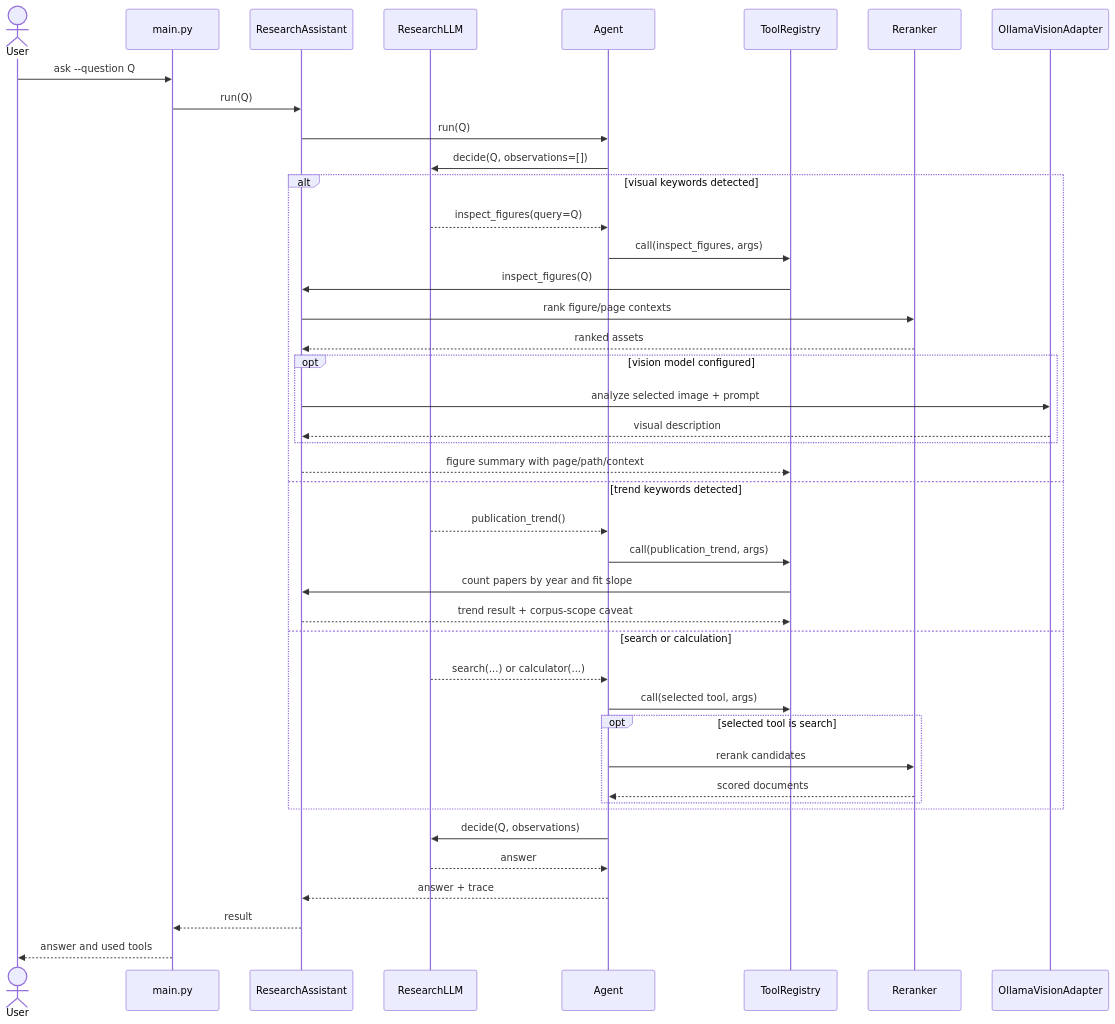
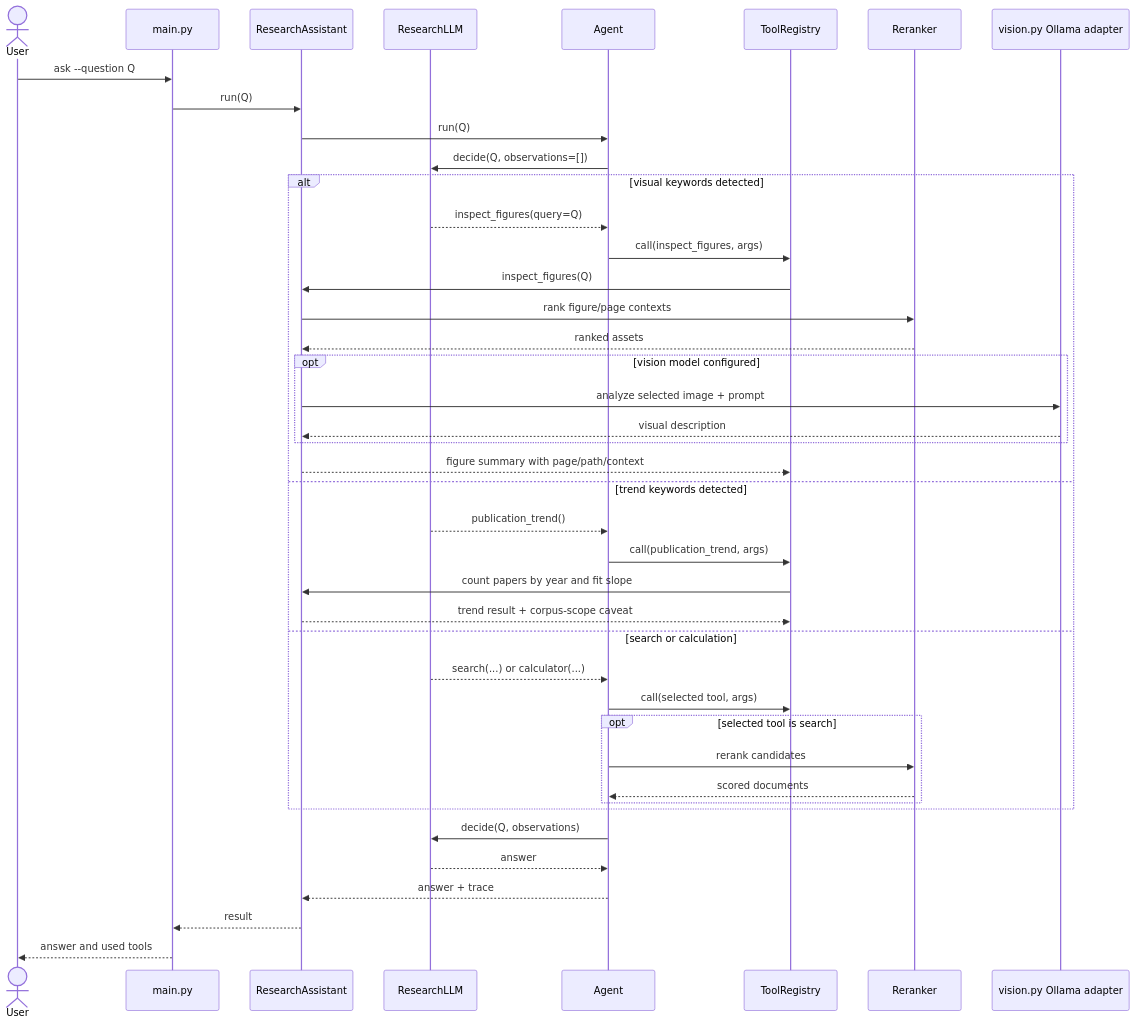
Before and after one commit to sefeoglu/llm-agents: the third of 4 diagrams in doc/system-architecture.md, drawn with Mermaid. The commit also changed other lines of this file and 19 other files, not shown here.

````diff
--- a/doc/system-architecture.md
+++ b/doc/system-architecture.md
@@ -123,45 +127,45 @@
 ```mermaid
 sequenceDiagram
     actor User
     participant CLI as main.py
     participant RA as ResearchAssistant
     participant R as ResearchLLM
     participant A as Agent
     participant TR as ToolRegistry
     participant RR as Reranker
-    participant V as OllamaVisionAdapter
+    participant V as vision.py Ollama adapter
 
     User->>CLI: ask --question Q
     CLI->>RA: run(Q)
     RA->>A: run(Q)
     A->>R: decide(Q, observations=[])
     alt visual keywords detected
         R-->>A: inspect_figures(query=Q)
         A->>TR: call(inspect_figures, args)
         TR->>RA: inspect_figures(Q)
         RA->>RR: rank figure/page contexts
         RR-->>RA: ranked assets
         opt vision model configured
             RA->>V: analyze selected image + prompt
             V-->>RA: visual description
         end
         RA-->>TR: figure summary with page/path/context
     else trend keywords detected
         R-->>A: publication_trend()
         A->>TR: call(publication_trend, args)
         TR->>RA: count papers by year and fit slope
         RA-->>TR: trend result + corpus-scope caveat
     else search or calculation
         R-->>A: search(...) or calculator(...)
         A->>TR: call(selected tool, args)
         opt selected tool is search
             A->>RR: rerank candidates
             RR-->>A: scored documents
         end
     end
     A->>R: decide(Q, observations)
     R-->>A: answer
     A-->>RA: answer + trace
     RA-->>CLI: result
     CLI-->>User: answer and used tools
 ```
````
